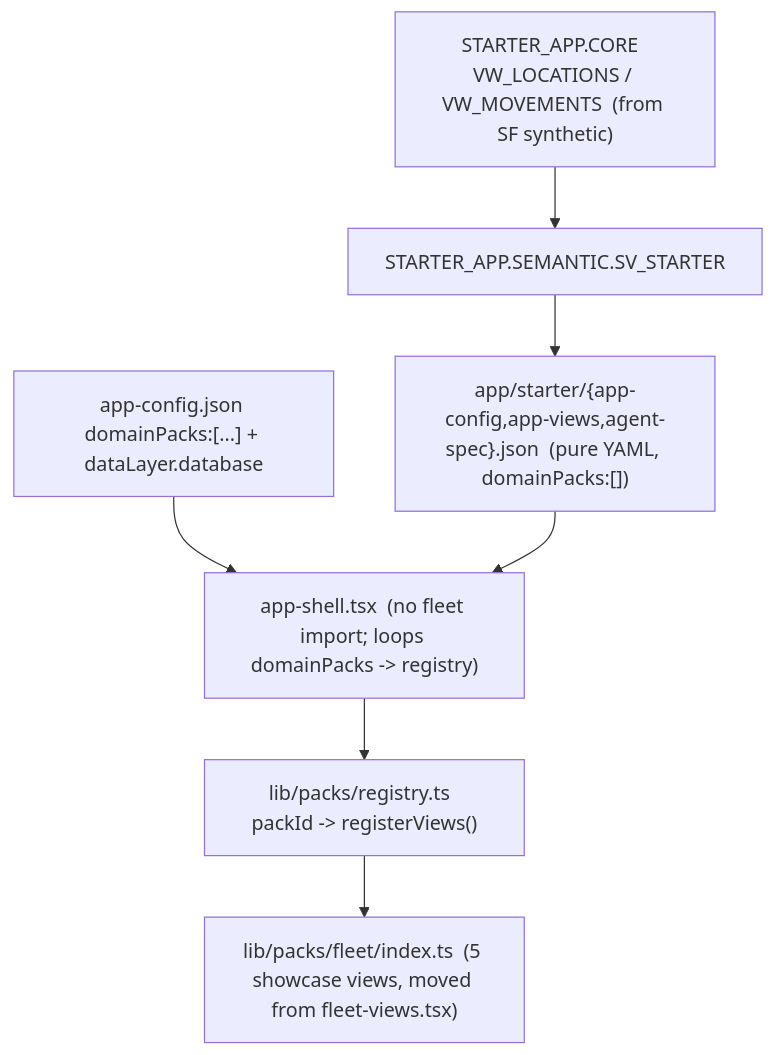
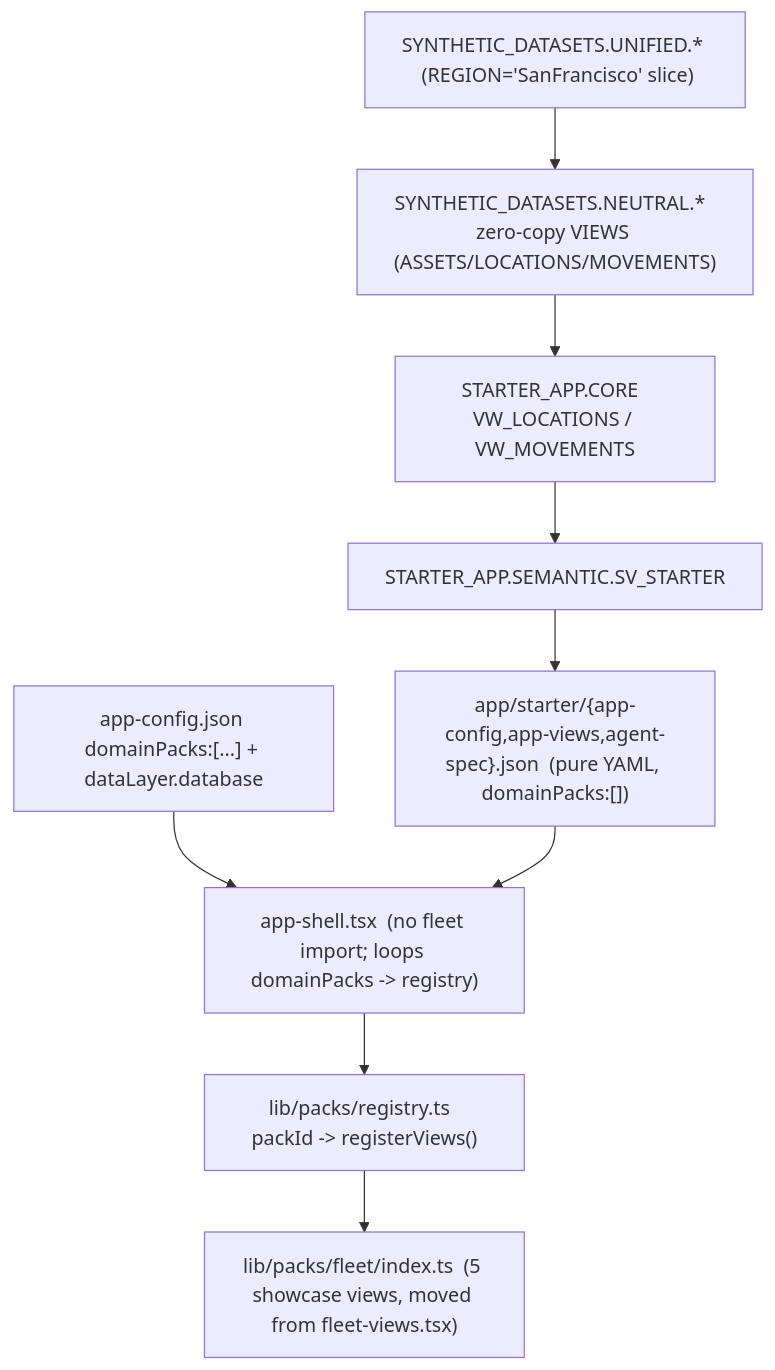
One commit to Snowflake-Labs/sfguide-create-a-route-optimisation-and-vehicle-route-plan-simulator changed the diagram in .cortex/skills/build-routing-solution/fleet_sa_app/STEP4C_PLAN.md. Above: the diagram before and after it, drawn with Mermaid. The commit also changed other lines of this file, not shown here.

Commit message:
docs(fleet-sa-app): lock STEP4C decisions (neutral substrate VIEWS, starter-only re-point, SF-default as separate flip, config-stage demo)

````diff
--- a/.cortex/skills/build-routing-solution/fleet_sa_app/STEP4C_PLAN.md
+++ b/.cortex/skills/build-routing-solution/fleet_sa_app/STEP4C_PLAN.md
@@ -76,13 +95,15 @@
 ```mermaid
 flowchart TD
   cfg["app-config.json domainPacks:[...] + dataLayer.database"]
   reg["lib/packs/registry.ts  packId -> registerViews()"]
   shell["app-shell.tsx  (no fleet import; loops domainPacks -> registry)"]
   fleetpack["lib/packs/fleet/index.ts  (5 showcase views, moved from fleet-views.tsx)"]
-  starterdata["STARTER_APP.CORE  VW_LOCATIONS / VW_MOVEMENTS  (from SF synthetic)"]
+  unified["SYNTHETIC_DATASETS.UNIFIED.*  (REGION='SanFrancisco' slice)"]
+  neutral["SYNTHETIC_DATASETS.NEUTRAL.*  zero-copy VIEWS (ASSETS/LOCATIONS/MOVEMENTS)"]
+  starterdata["STARTER_APP.CORE  VW_LOCATIONS / VW_MOVEMENTS"]
   startersv["STARTER_APP.SEMANTIC.SV_STARTER"]
   starterbundle["app/starter/{app-config,app-views,agent-spec}.json  (pure YAML, domainPacks:[])"]
   cfg --> shell --> reg --> fleetpack
   starterbundle --> shell
-  starterdata --> startersv --> starterbundle
+  unified --> neutral --> starterdata --> startersv --> starterbundle
 ```
````
